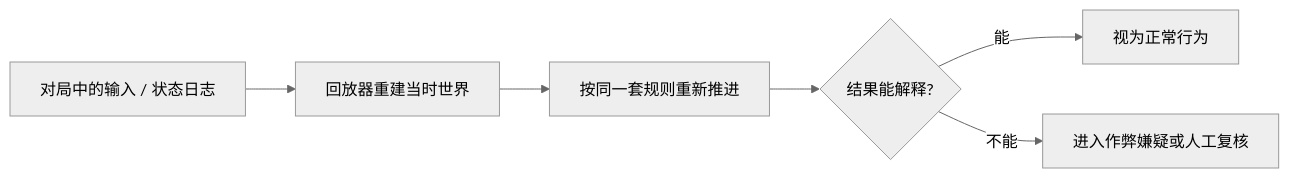
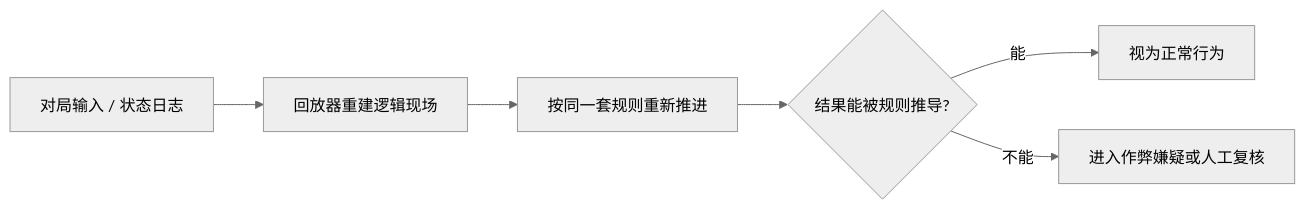
Before and after one commit to boomlulu/knowledge-share: the fifth of 5 diagrams in 帧同步技术分享/slidev/slides.md, drawn with Mermaid (neutral theme). The commit also changed other lines of this file and 8 other files, not shown here.

````diff
--- a/帧同步技术分享/slidev/slides.md
+++ b/帧同步技术分享/slidev/slides.md
@@ -751,8 +819,8 @@
 ```mermaid
 flowchart LR
-  A["对局中的输入 / 状态日志"] --> B["回放器重建当时世界"]
+  A["对局输入 / 状态日志"] --> B["回放器重建逻辑现场"]
   B --> C["按同一套规则重新推进"]
-  C --> D{"结果能解释?"}
+  C --> D{"结果能被规则推导?"}
   D -->|能| E["视为正常行为"]
   D -->|不能| F["进入作弊嫌疑或人工复核"]
 ```
````
